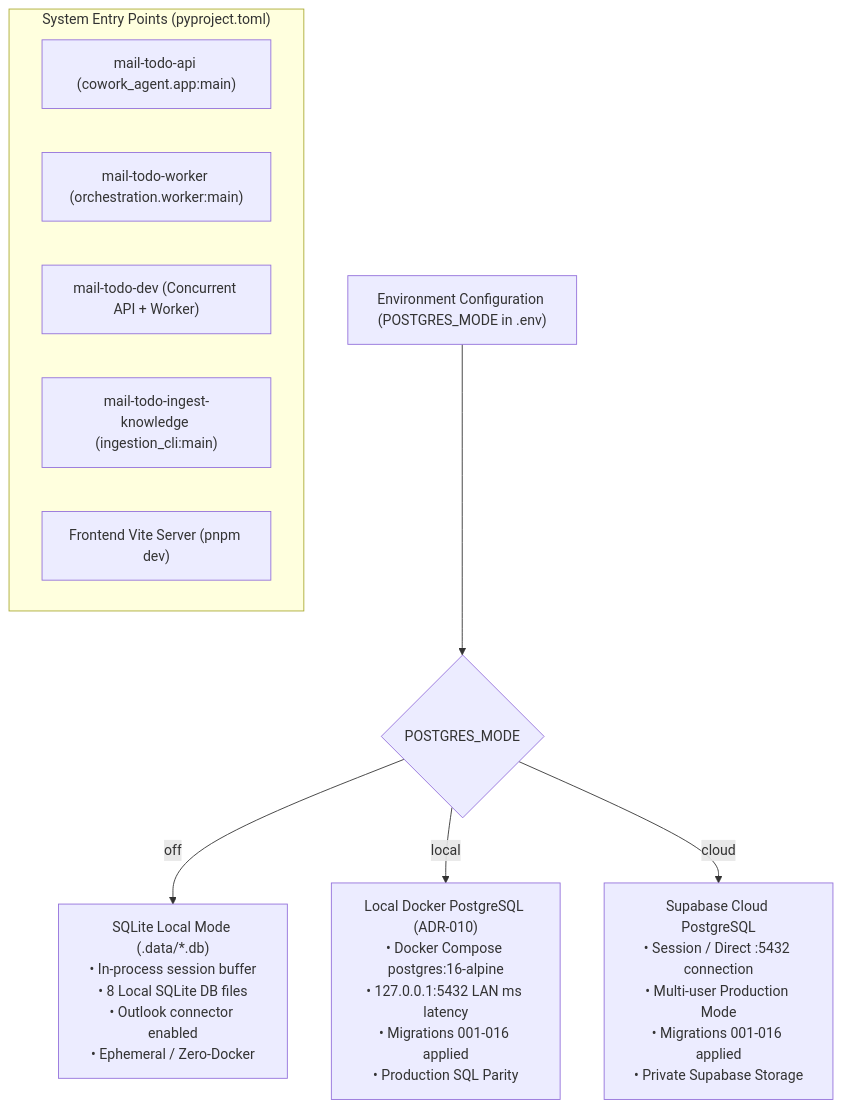
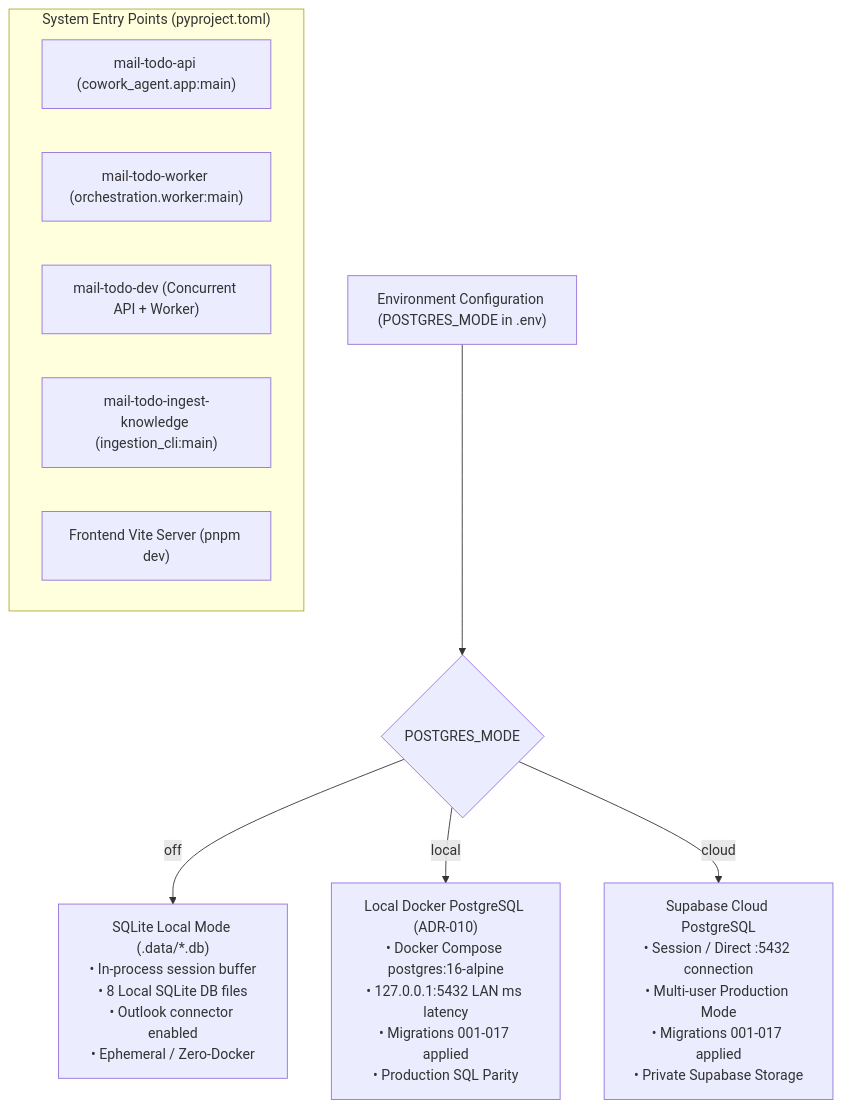
The seventh of 8 diagrams in docs/guides/SOFTWARE-DEVELOPMENT-CYCLE.md (MathematicGuy/EMAIL-AGENT-v1), drawn with Mermaid before and after one commit. The commit also changed other lines of this file and 6 other files, not shown here.

Commit message:
docs: sync overall architecture with C4 model in SDLC guide and README

````diff
--- a/docs/guides/SOFTWARE-DEVELOPMENT-CYCLE.md
+++ b/docs/guides/SOFTWARE-DEVELOPMENT-CYCLE.md
@@ -454,16 +503,16 @@
 ```mermaid
 flowchart TD
     ENV_CONF["Environment Configuration (POSTGRES_MODE in .env)"] --> MODE_SWITCH{POSTGRES_MODE}
 
     MODE_SWITCH -->|off| MODE_OFF["SQLite Local Mode (.data/*.db)<br/>• In-process session buffer<br/>• 8 Local SQLite DB files<br/>• Outlook connector enabled<br/>• Ephemeral / Zero-Docker"]
-    MODE_SWITCH -->|local| MODE_LOCAL["Local Docker PostgreSQL (ADR-010)<br/>• Docker Compose postgres:16-alpine<br/>• 127.0.0.1:5432 LAN ms latency<br/>• Migrations 001-016 applied<br/>• Production SQL Parity"]
-    MODE_SWITCH -->|cloud| MODE_CLOUD["Supabase Cloud PostgreSQL<br/>• Session / Direct :5432 connection<br/>• Multi-user Production Mode<br/>• Migrations 001-016 applied<br/>• Private Supabase Storage"]
+    MODE_SWITCH -->|local| MODE_LOCAL["Local Docker PostgreSQL (ADR-010)<br/>• Docker Compose postgres:16-alpine<br/>• 127.0.0.1:5432 LAN ms latency<br/>• Migrations 001-017 applied<br/>• Production SQL Parity"]
+    MODE_SWITCH -->|cloud| MODE_CLOUD["Supabase Cloud PostgreSQL<br/>• Session / Direct :5432 connection<br/>• Multi-user Production Mode<br/>• Migrations 001-017 applied<br/>• Private Supabase Storage"]
 
     subgraph ENTRYPOINTS["System Entry Points (pyproject.toml)"]
         EP_API["mail-todo-api (cowork_agent.app:main)"]
         EP_WORKER["mail-todo-worker (orchestration.worker:main)"]
         EP_DEV["mail-todo-dev (Concurrent API + Worker)"]
         EP_INGEST["mail-todo-ingest-knowledge (ingestion_cli:main)"]
         EP_FE["Frontend Vite Server (pnpm dev)"]
     end
 ```
````
